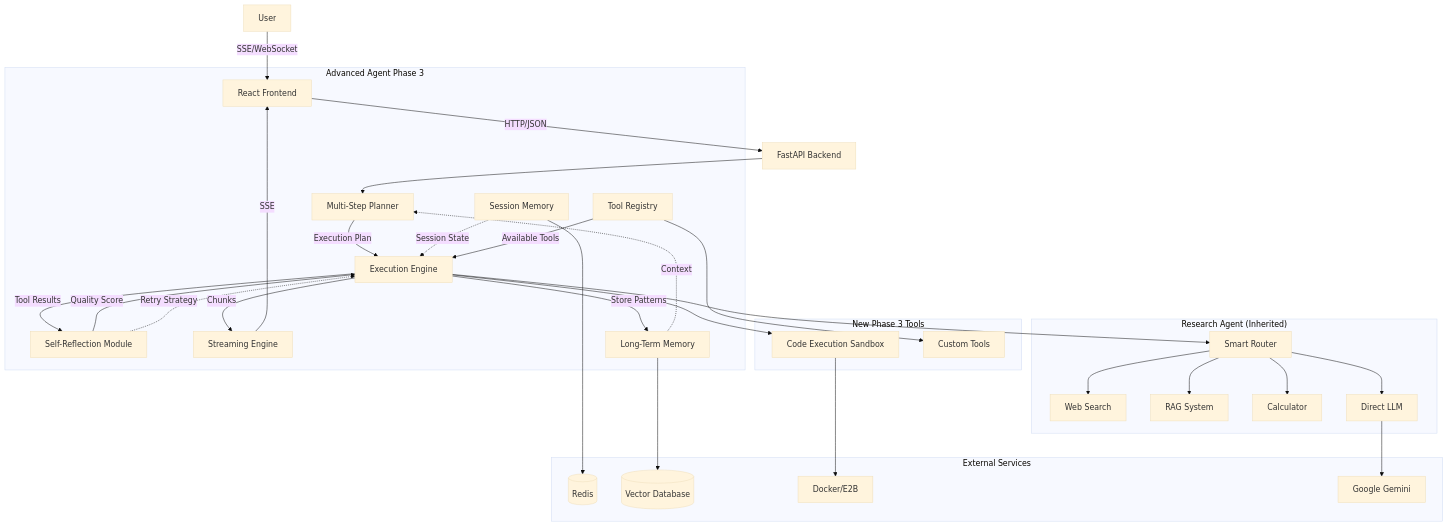
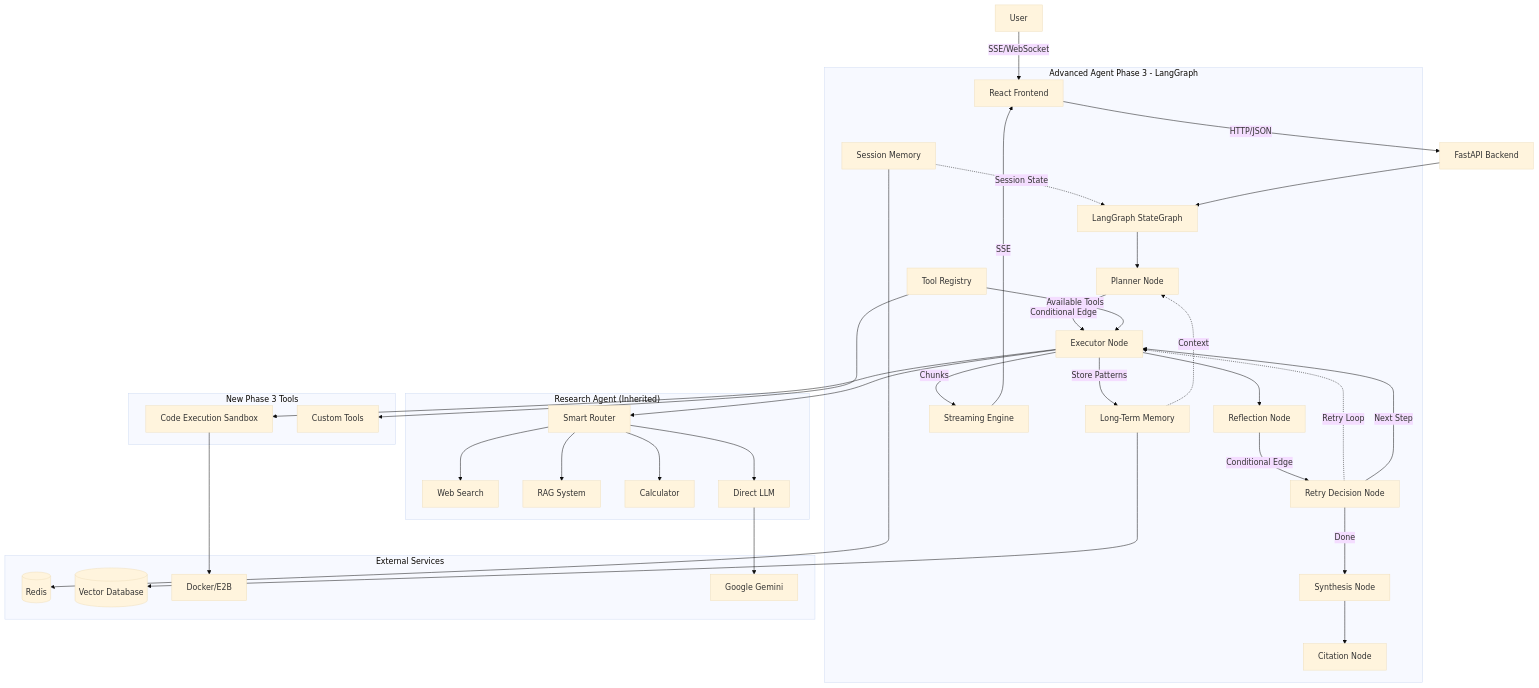
The first of 3 diagrams in Architecture/plans/advanced-agent/design.md (DTin01603/AI_project), drawn with Mermaid (base theme) before and after one commit. The commit also changed other lines of this file and 3 other files, not shown here.

````diff
--- a/Architecture/plans/advanced-agent/design.md
+++ b/Architecture/plans/advanced-agent/design.md
@@ -32,64 +39,74 @@
 ```mermaid
 graph TB
     User[User]
     Frontend[React Frontend]
     API[FastAPI Backend]
     
     User -->|SSE/WebSocket| Frontend
     Frontend -->|HTTP/JSON| API
     
-    subgraph Phase3["Advanced Agent Phase 3"]
-        MSP[Multi-Step Planner]
-        SR[Self-Reflection Module]
-        Exec[Execution Engine]
+    subgraph Phase3["Advanced Agent Phase 3 - LangGraph"]
+        LG[LangGraph StateGraph]
+        PlannerNode[Planner Node]
+        ExecutorNode[Executor Node]
+        ReflectionNode[Reflection Node]
+        RetryDecisionNode[Retry Decision Node]
+        SynthesisNode[Synthesis Node]
+        CitationNode[Citation Node]
+        
+        LG --> PlannerNode
+        PlannerNode -->|Conditional Edge| ExecutorNode
+        ExecutorNode --> ReflectionNode
+        ReflectionNode -->|Conditional Edge| RetryDecisionNode
+        RetryDecisionNode -.->|Retry Loop| ExecutorNode
+        RetryDecisionNode -->|Next Step| ExecutorNode
+        RetryDecisionNode -->|Done| SynthesisNode
+        SynthesisNode --> CitationNode
+        
         Stream[Streaming Engine]
         LTM[Long-Term Memory]
         SM[Session Memory]
         TR[Tool Registry]
         
-        MSP -->|Execution Plan| Exec
-        Exec -->|Tool Results| SR
-        SR -->|Quality Score| Exec
-        SR -.->|Retry Strategy| Exec
-        Exec -->|Chunks| Stream
+        ExecutorNode -->|Chunks| Stream
         Stream -->|SSE| Frontend
-        LTM -.->|Context| MSP
-        Exec -->|Store Patterns| LTM
-        SM -.->|Session State| Exec
-        TR -->|Available Tools| Exec
+        LTM -.->|Context| PlannerNode
+        ExecutorNode -->|Store Patterns| LTM
+        SM -.->|Session State| LG
+        TR -->|Available Tools| ExecutorNode
     end
     
     subgraph Phase2["Research Agent (Inherited)"]
         Router[Smart Router]
         WebSearch[Web Search]
         RAG[RAG System]
         Calc[Calculator]
         DirectLLM[Direct LLM]
     end
     
     subgraph NewTools["New Phase 3 Tools"]
         CodeSandbox[Code Execution Sandbox]
         CustomTools[Custom Tools]
     end
     
     subgraph External["External Services"]
         Redis[(Redis)]
         VectorDB[(Vector Database)]
         Docker[Docker/E2B]
         Gemini[Google Gemini]
     end
     
-    API --> MSP
-    Exec --> Router
+    API --> LG
+    ExecutorNode --> Router
     Router --> WebSearch
     Router --> RAG
     Router --> Calc
     Router --> DirectLLM
-    Exec --> CodeSandbox
+    ExecutorNode --> CodeSandbox
     TR --> CustomTools
     
     SM --> Redis
     LTM --> VectorDB
     CodeSandbox --> Docker
     DirectLLM --> Gemini
 ```
````
